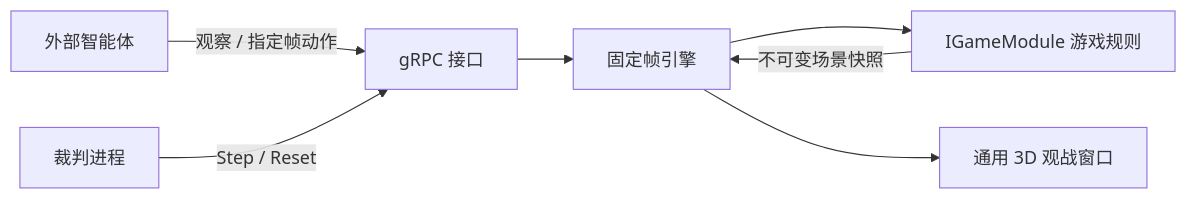
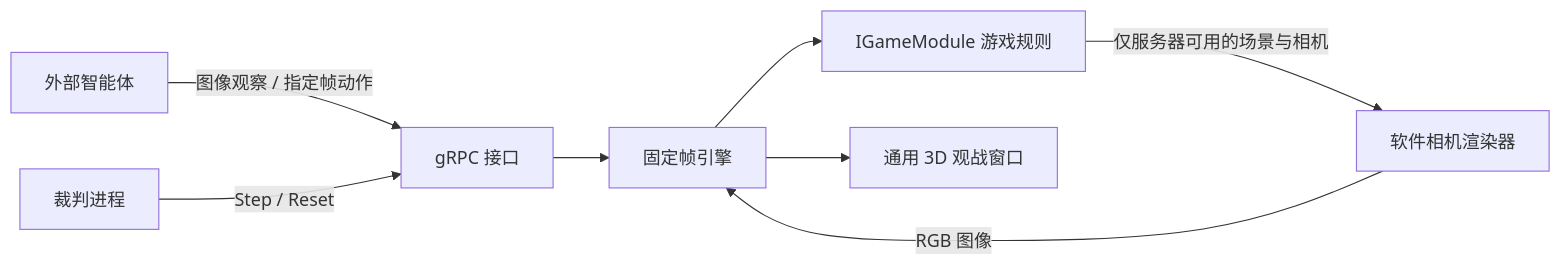
One commit to Ricky1911/GameEngineTest changed the diagram in README.md. Above: the diagram before and after it, drawn with Mermaid. The commit also changed other lines of this file and 21 other files, not shown here.

````diff
--- a/README.md
+++ b/README.md
@@ -96,9 +129,10 @@
 ```mermaid
 flowchart LR
-    Agent[外部智能体] -->|观察 / 指定帧动作| RPC[gRPC 接口]
+    Agent[外部智能体] -->|图像观察 / 指定帧动作| RPC[gRPC 接口]
     Referee[裁判进程] -->|Step / Reset| RPC
     RPC --> Engine[固定帧引擎]
     Engine --> Game[IGameModule 游戏规则]
-    Game -->|不可变场景快照| Engine
+    Game -->|仅服务器可用的场景与相机| Camera[软件相机渲染器]
+    Camera -->|RGB 图像| Engine
     Engine --> Renderer[通用 3D 观战窗口]
 ```
````
